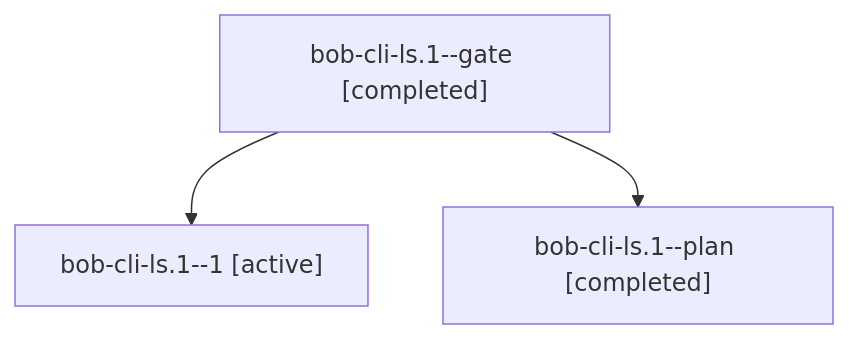
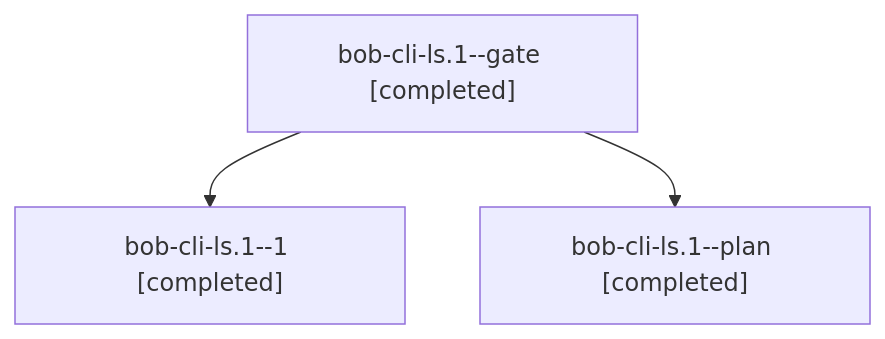
One commit to bobs-org/bob-cli--agents changed the diagram in sessions/bbugyi200.athena.bob-cli-ls.1.md. Above: the diagram before and after it, drawn with Mermaid. The commit also changed other lines of this file and 80 other files, not shown here.

````diff
--- a/sessions/bbugyi200.athena.bob-cli-ls.1.md
+++ b/sessions/bbugyi200.athena.bob-cli-ls.1.md
@@ -9,8 +9,8 @@
 ```mermaid
 flowchart TD
   n0["bob-cli-ls.1--gate [completed]"]
-  n1["bob-cli-ls.1--1 [active]"]
+  n1["bob-cli-ls.1--1 [completed]"]
   n0 --> n1
   n2["bob-cli-ls.1--plan [completed]"]
   n0 --> n2
 ```
````
